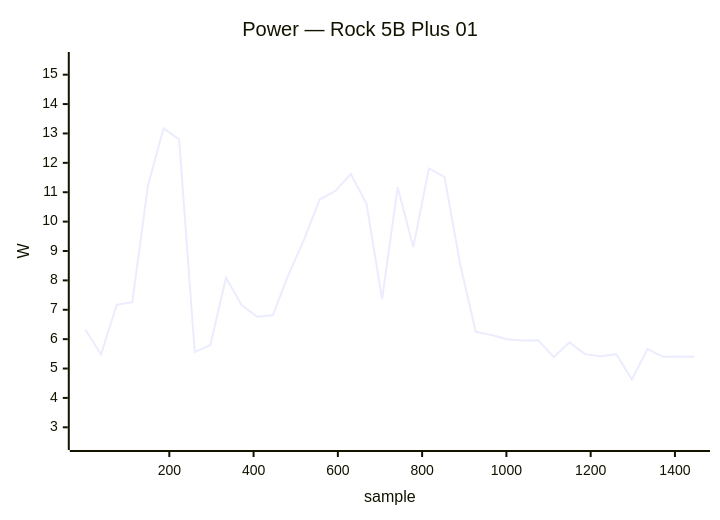
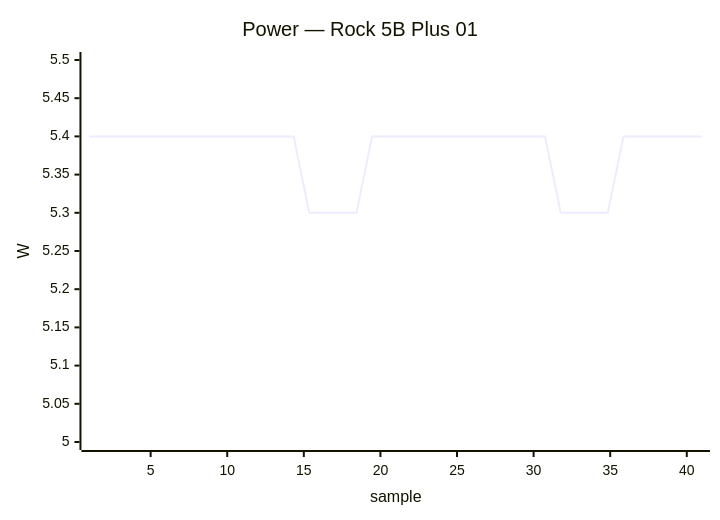
One commit to armbian/documentation changed the sixth of 39 diagrams in docs/status/board-tests.md. Above: the diagram before and after it, drawn with Mermaid. The commit also changed other lines of this file, not shown here.

````diff
--- a/docs/status/board-tests.md
+++ b/docs/status/board-tests.md
@@ -285,7 +223,7 @@
 ```mermaid
 xychart-beta
     title "Power — Rock 5B Plus 01"
-    x-axis "sample" 1 --> 1446
-    y-axis "W" 2.5 --> 15.5
-    line [6.32, 5.48, 7.17, 7.26, 11.22, 13.17, 12.80, 5.56, 5.80, 8.09, 7.16, 6.76, 6.81, 8.19, 9.39, 10.75, 11.04, 11.62, 10.61, 7.36, 11.17, 9.13, 11.81, 11.52, 8.55, 6.25, 6.14, 6.00, 5.95, 5.96, 5.39, 5.89, 5.49, 5.42, 5.49, 4.63, 5.66, 5.40, 5.41, 5.40]
+    x-axis "sample" 1 --> 41
+    y-axis "W" 5.0 --> 5.5
+    line [5.40, 5.40, 5.40, 5.40, 5.40, 5.40, 5.40, 5.40, 5.40, 5.40, 5.40, 5.40, 5.40, 5.40, 5.30, 5.30, 5.30, 5.30, 5.40, 5.40, 5.40, 5.40, 5.40, 5.40, 5.40, 5.40, 5.40, 5.40, 5.40, 5.40, 5.30, 5.30, 5.30, 5.30, 5.40, 5.40, 5.40, 5.40, 5.40, 5.40]
 ```
````
